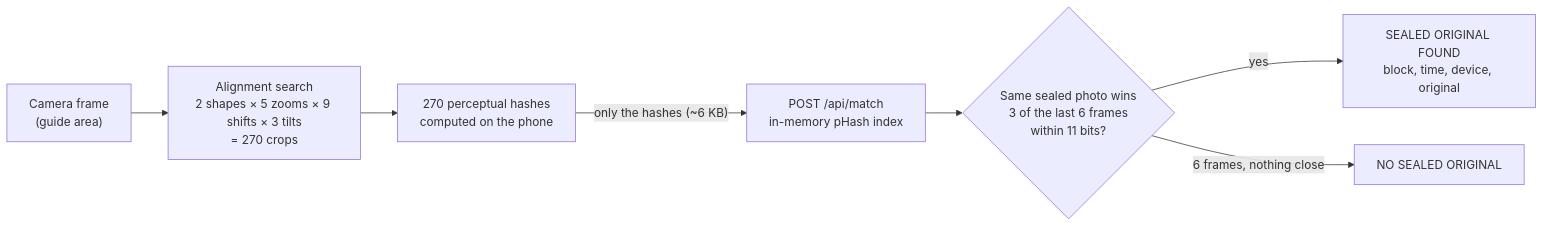
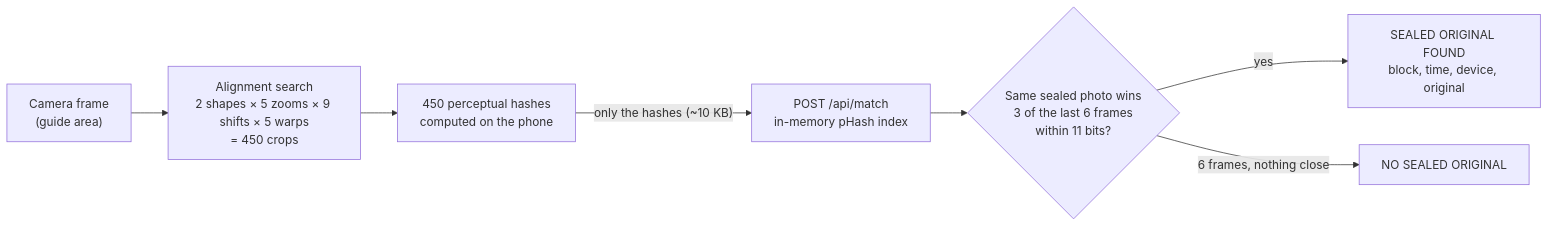
The fourth of 4 diagrams in README.md (SarthakKandhare03/truthlens), drawn with Mermaid before and after one commit. The commit also changed other lines of this file and 19 other files, not shown here.

````diff
--- a/README.md
+++ b/README.md
@@ -194,9 +203,9 @@
 ```mermaid
 flowchart LR
-  F["Camera frame<br/>(guide area)"] --> A["Alignment search<br/>2 shapes × 5 zooms × 9 shifts × 3 tilts<br/>= 270 crops"]
-  A --> H["270 perceptual hashes<br/>computed on the phone"]
-  H -- "only the hashes (~6 KB)" --> M["POST /api/match<br/>in-memory pHash index"]
+  F["Camera frame<br/>(guide area)"] --> A["Alignment search<br/>2 shapes × 5 zooms × 9 shifts × 5 warps<br/>= 450 crops"]
+  A --> H["450 perceptual hashes<br/>computed on the phone"]
+  H -- "only the hashes (~10 KB)" --> M["POST /api/match<br/>in-memory pHash index"]
   M --> W{"Same sealed photo wins<br/>3 of the last 6 frames<br/>within 11 bits?"}
   W -- yes --> S["SEALED ORIGINAL FOUND<br/>block, time, device, original"]
   W -- "6 frames, nothing close" --> N["NO SEALED ORIGINAL"]
 ```
````
